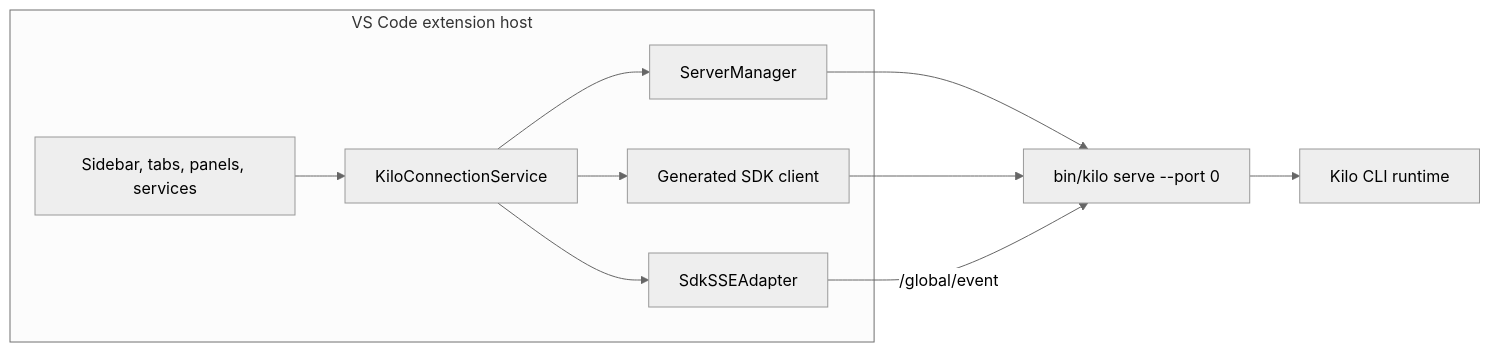
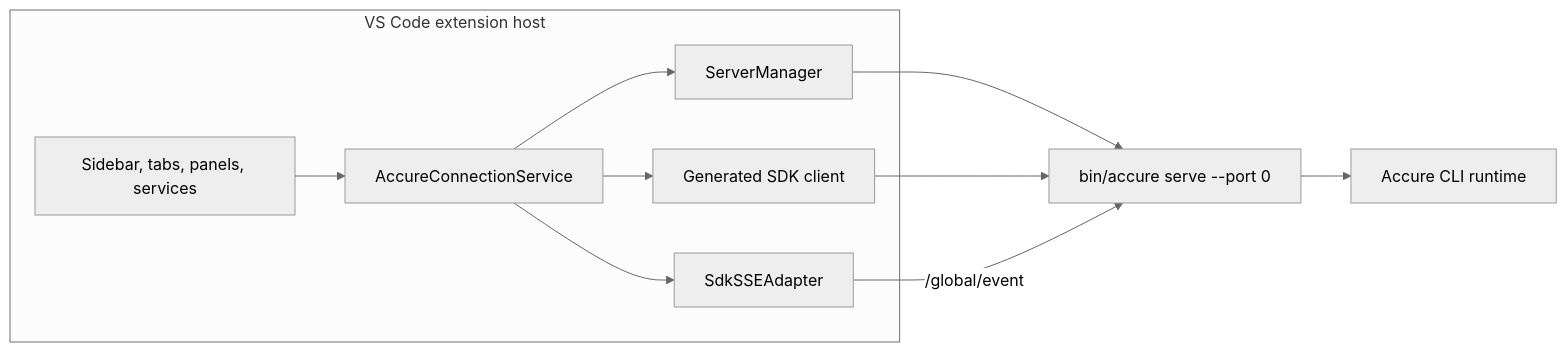
The diagram in packages/accure-docs/pages/contributing/architecture/vscode-extension.md (Accure-Inc/accure-code), drawn with Mermaid (neutral theme) before and after one commit. The commit also changed other lines of this file and 2711 other files, not shown here.

````diff
--- a/packages/accure-docs/pages/contributing/architecture/vscode-extension.md
+++ b/packages/accure-docs/pages/contributing/architecture/vscode-extension.md
@@ -20,19 +20,19 @@
 ```mermaid
 flowchart LR
   subgraph host ["VS Code extension host"]
     consumers["Sidebar, tabs, panels, services"]
-    service["KiloConnectionService"]
+    service["AccureConnectionService"]
     manager["ServerManager"]
     sdk["Generated SDK client"]
     sse["SdkSSEAdapter"]
   end
 
-  server["bin/kilo serve --port 0"]
-  runtime["Kilo CLI runtime"]
+  server["bin/accure serve --port 0"]
+  runtime["Accure CLI runtime"]
 
   consumers --> service
   service --> manager --> server
   service --> sdk --> server
   service --> sse -->|/global/event| server
   server --> runtime
 ```
````
